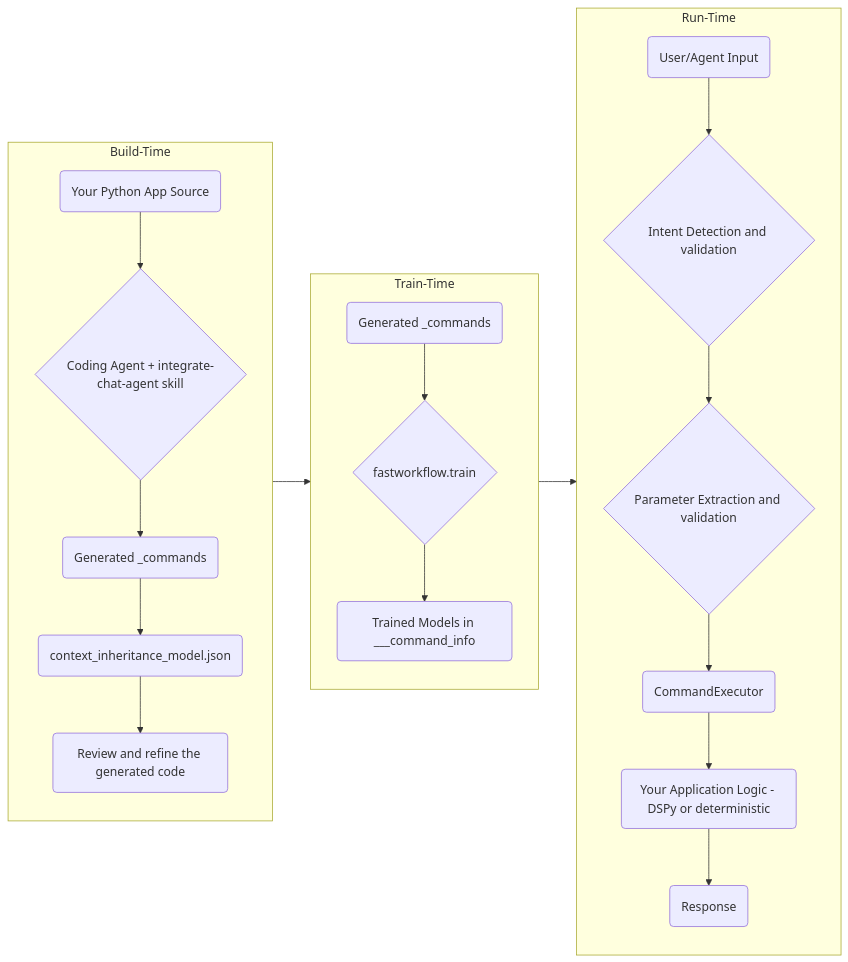
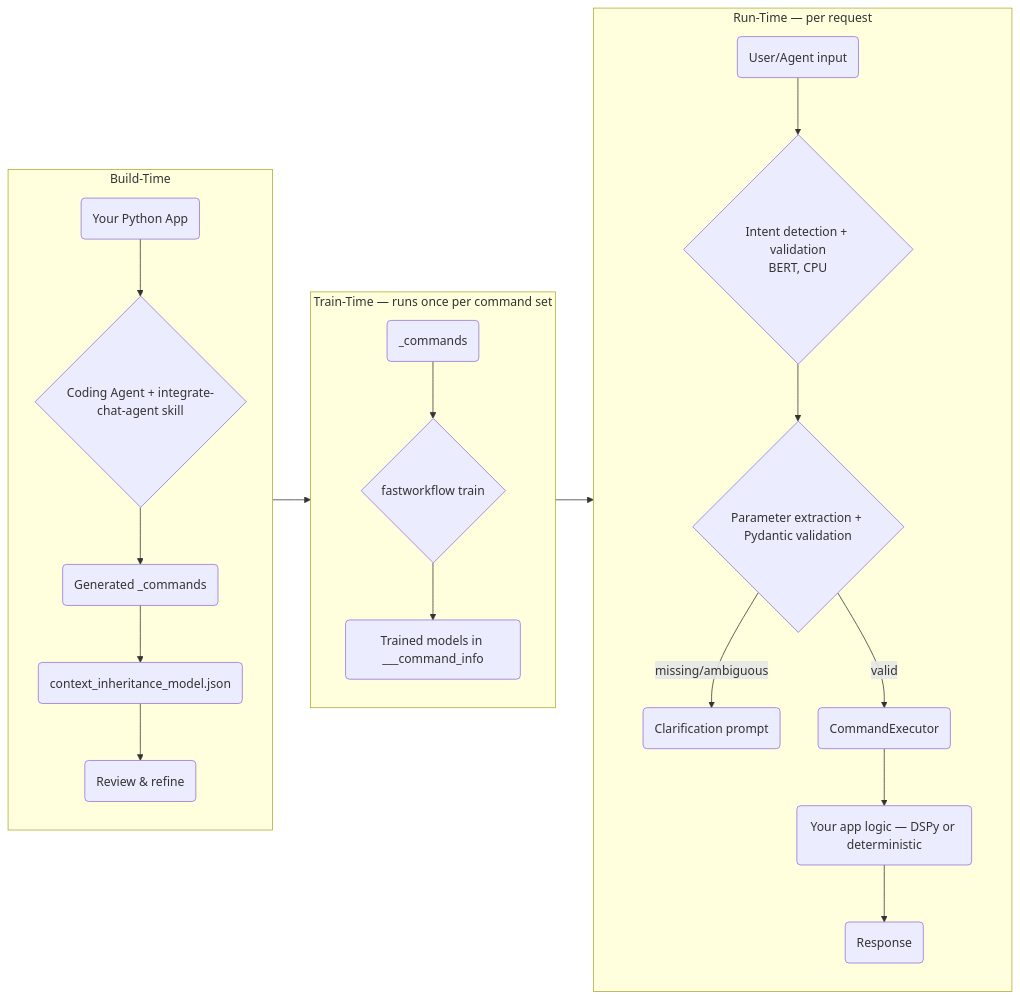
The diagram in README.md (radiantlogicinc/fastworkflow), drawn with Mermaid before and after one commit. The commit also changed other lines of this file, not shown here.

````diff
--- a/README.md
+++ b/README.md
@@ -110,25 +409,25 @@
 ```mermaid
 graph LR
     subgraph A[Build-Time]
-        A1(Your Python App Source) --> A2{Coding Agent + integrate-chat-agent skill};
+        A1(Your Python App) --> A2{Coding Agent + integrate-chat-agent skill};
         A2 --> A3(Generated _commands);
         A3 --> A4(context_inheritance_model.json);
-        A4 --> A5(Review and refine the generated code)
+        A4 --> A5(Review & refine);
     end
 
-    subgraph B[Train-Time]
-        B1(Generated _commands) --> B2{fastworkflow.train};
-        B2 --> B3(Trained Models in ___command_info);
+    subgraph B[Train-Time — runs once per command set]
+        B1(_commands) --> B2{fastworkflow train};
+        B2 --> B3(Trained models in ___command_info);
     end
 
-    subgraph C[Run-Time]
-        C1(User/Agent Input) --> C2{Intent Detection and validation};
-        C2 --> C3{Parameter Extraction and validation};
-        C3 --> C4(CommandExecutor);
-        C4 --> C5(Your Application Logic - DSPy or deterministic); 
-        C5 --> C6(Response);
+    subgraph C[Run-Time — per request]
+        C1(User/Agent input) --> C2{Intent detection + validation\nBERT, CPU};
+        C2 --> C3{Parameter extraction + Pydantic validation};
+        C3 -->|missing/ambiguous| C4(Clarification prompt);
+        C3 -->|valid| C5(CommandExecutor);
+        C5 --> C6(Your app logic — DSPy or deterministic);
+        C6 --> C7(Response);
     end
 
-    A --> B;
-    B --> C;
+    A --> B --> C
 ```
````
